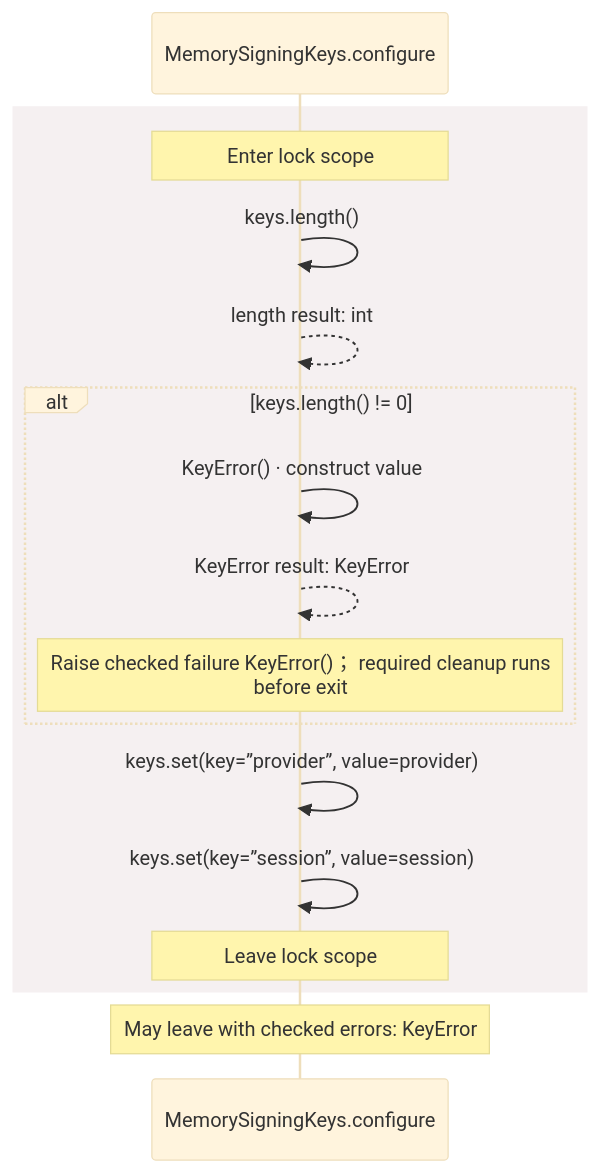
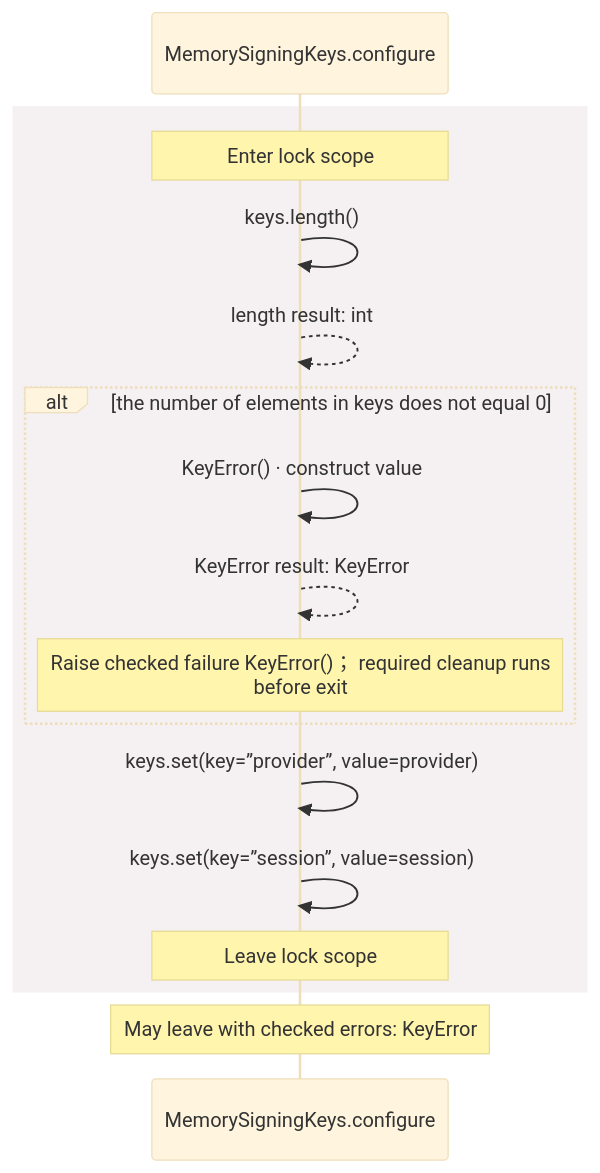
One commit to GreenPandaStudios/augscript changed the third of 6 diagrams in docs/examples/oidc-login/common/keys-diagrams.md. Above: the diagram before and after it, drawn with Mermaid (base theme). The commit also changed other lines of this file and 658 other files, not shown here.

````diff
--- a/docs/examples/oidc-login/common/keys-diagrams.md
+++ b/docs/examples/oidc-login/common/keys-diagrams.md
@@ -88,19 +106,19 @@
 ```mermaid
 sequenceDiagram
     participant p0 as MemorySigningKeys.configure
 
     rect rgb(245, 240, 241)
     Note over p0: Enter lock scope
     p0->>p0: keys.length()
     p0-->>p0: length result: int
-    alt keys.length() != 0
+    alt the number of elements in keys does not equal 0
     p0->>p0: KeyError() · construct value
     p0-->>p0: KeyError result: KeyError
     Note over p0: Raise checked failure KeyError()； required cleanup runs<br/>before exit
     end
     p0->>p0: keys.set(key=”provider”, value=provider)
     p0->>p0: keys.set(key=”session”, value=session)
     Note over p0: Leave lock scope
     end
     Note over p0: May leave with checked errors: KeyError
 ```
````
